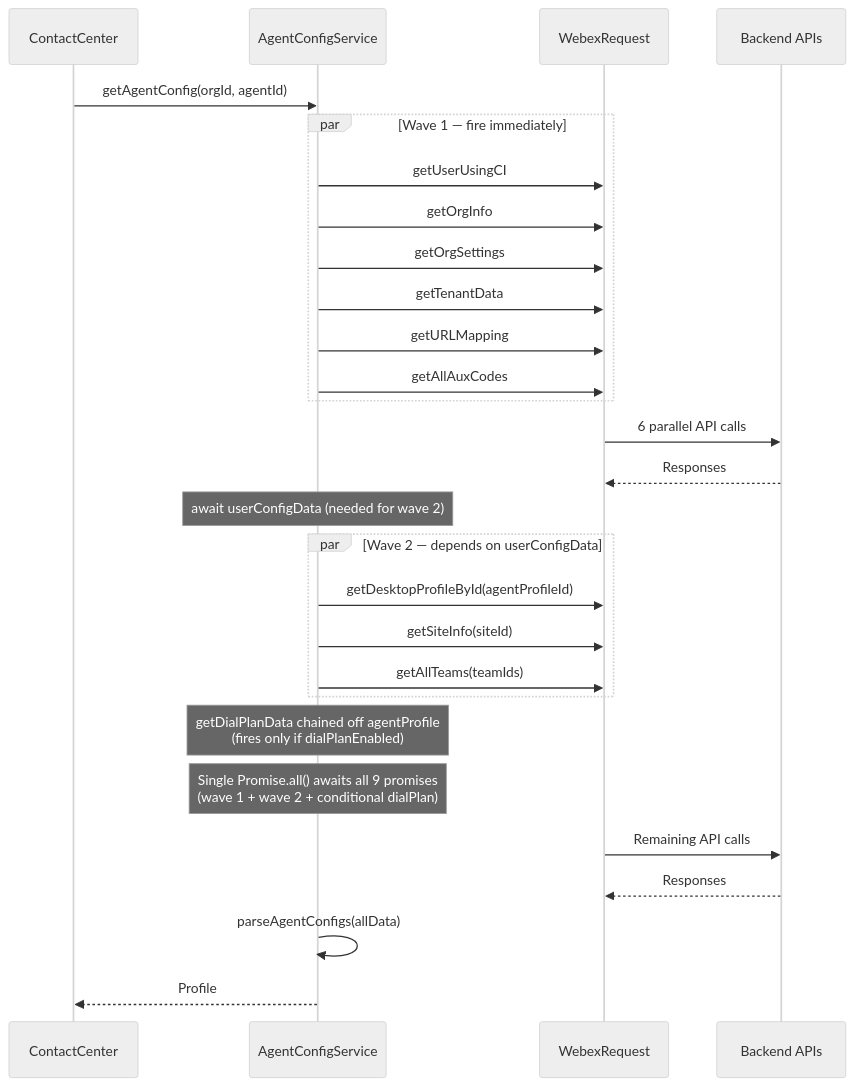
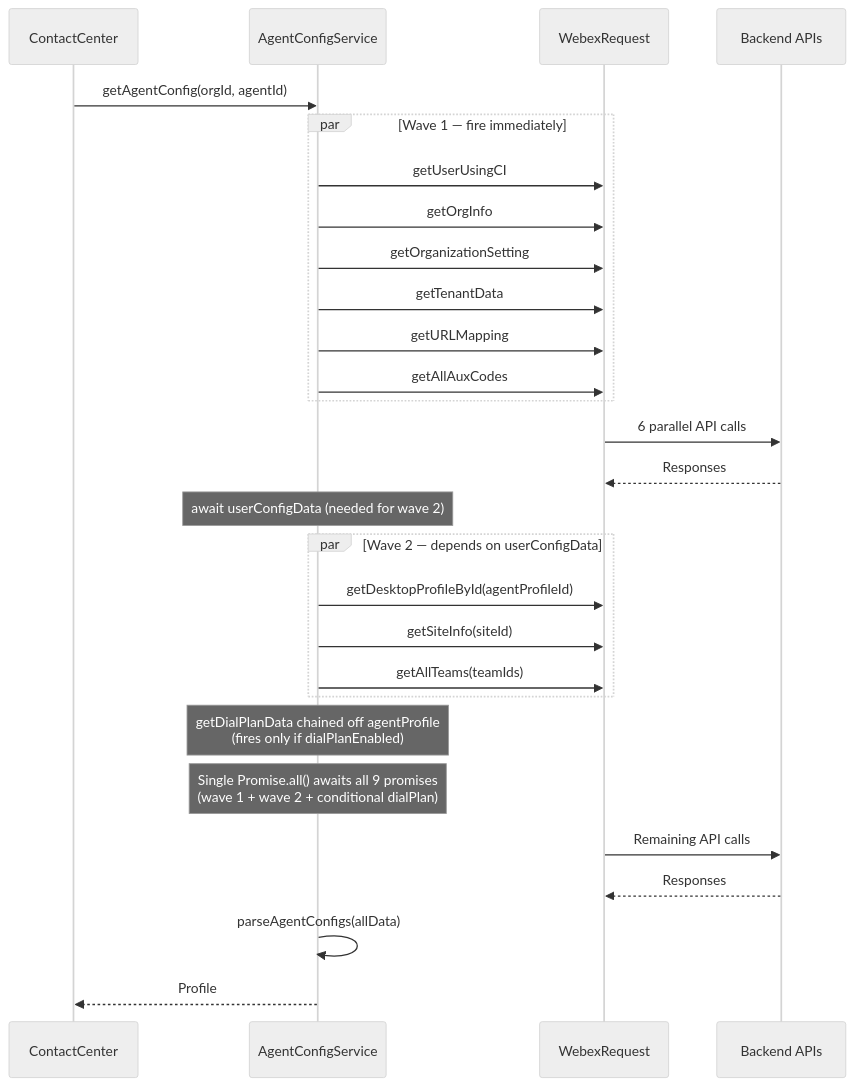
The second of 2 diagrams in packages/@webex/contact-center/src/services/config/ai-docs/ARCHITECTURE.md (webex/webex-js-sdk), drawn with Mermaid (neutral theme) before and after one commit. The commit also changed other lines of this file and 1 other file, not shown here.

````diff
--- a/packages/@webex/contact-center/src/services/config/ai-docs/ARCHITECTURE.md
+++ b/packages/@webex/contact-center/src/services/config/ai-docs/ARCHITECTURE.md
@@ -72,38 +72,38 @@
 ```mermaid
 sequenceDiagram
     participant CC as ContactCenter
     participant Cfg as AgentConfigService
     participant WR as WebexRequest
     participant API as Backend APIs
 
     CC->>Cfg: getAgentConfig(orgId, agentId)
 
     par Wave 1 — fire immediately
         Cfg->>WR: getUserUsingCI
         Cfg->>WR: getOrgInfo
-        Cfg->>WR: getOrgSettings
+        Cfg->>WR: getOrganizationSetting
         Cfg->>WR: getTenantData
         Cfg->>WR: getURLMapping
         Cfg->>WR: getAllAuxCodes
     end
 
     WR->>API: 6 parallel API calls
     API-->>WR: Responses
     Note over Cfg: await userConfigData (needed for wave 2)
 
     par Wave 2 — depends on userConfigData
         Cfg->>WR: getDesktopProfileById(agentProfileId)
         Cfg->>WR: getSiteInfo(siteId)
         Cfg->>WR: getAllTeams(teamIds)
     end
 
     Note over Cfg: getDialPlanData chained off agentProfile<br/>(fires only if dialPlanEnabled)
 
     Note over Cfg: Single Promise.all() awaits all 9 promises<br/>(wave 1 + wave 2 + conditional dialPlan)
 
     WR->>API: Remaining API calls
     API-->>WR: Responses
 
     Cfg->>Cfg: parseAgentConfigs(allData)
     Cfg-->>CC: Profile
 ```
````
